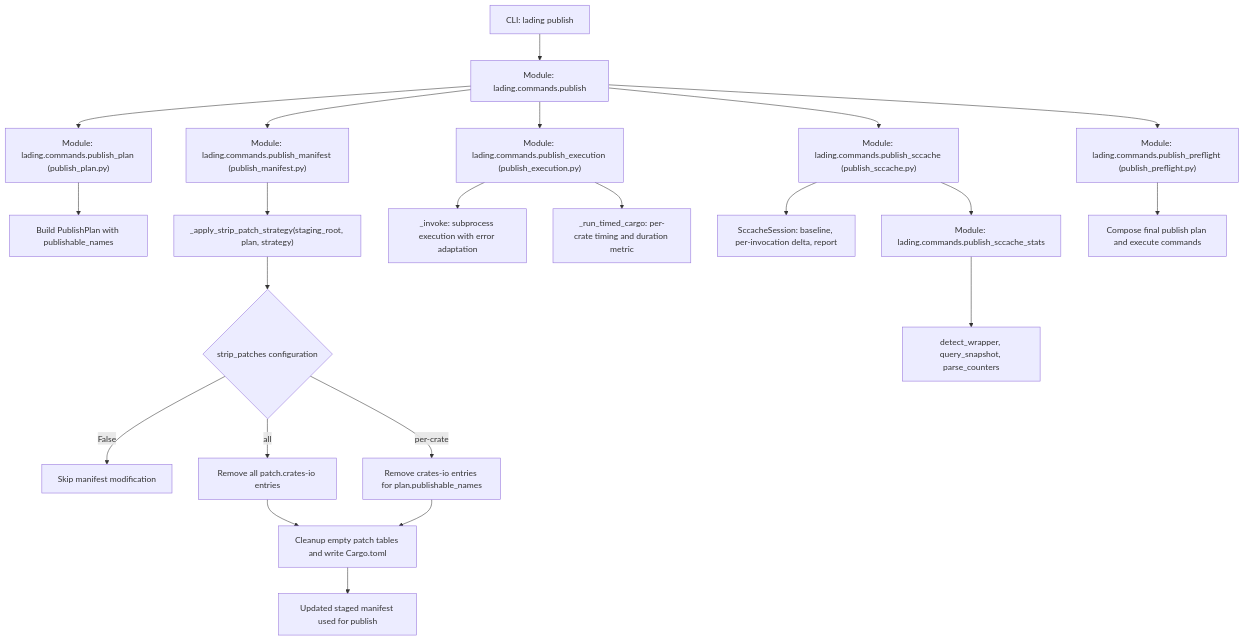
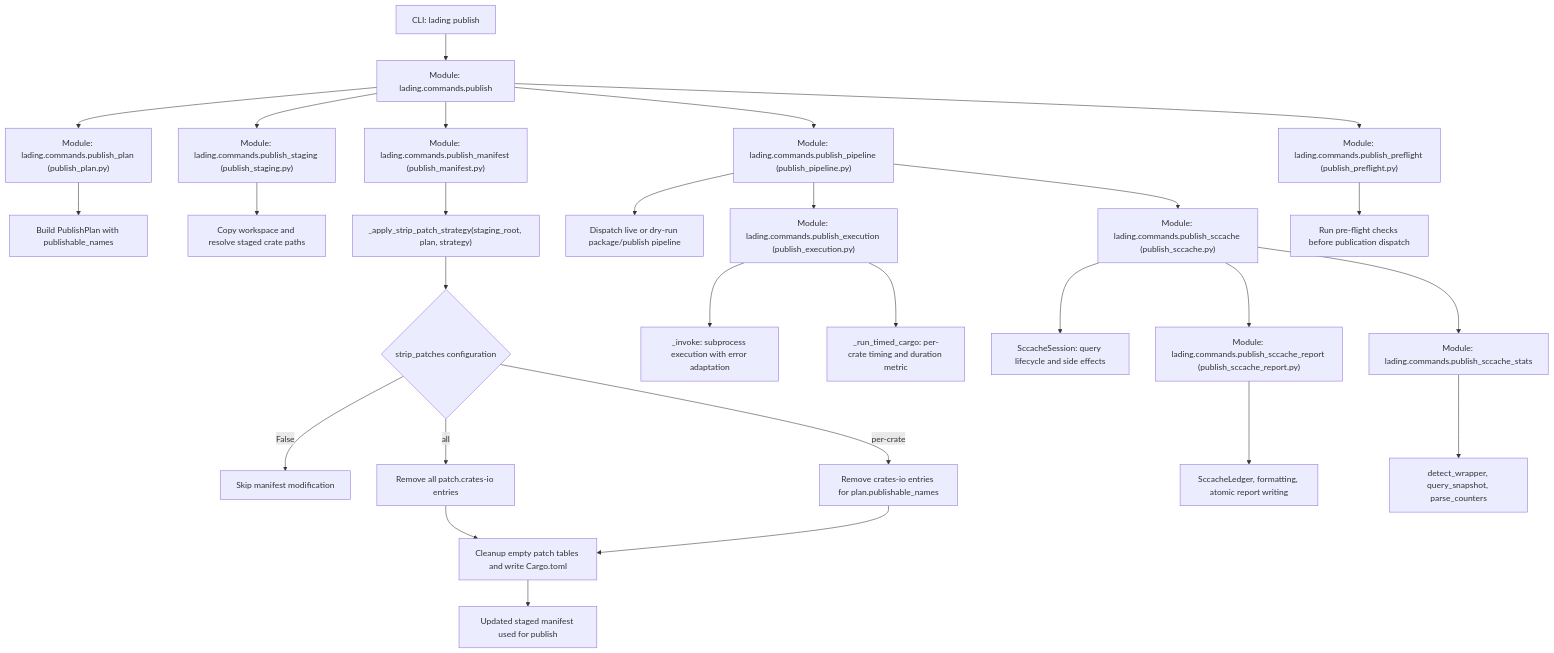
One commit to leynos/lading changed the first of 2 diagrams in docs/lading-design.md. Above: the diagram before and after it, drawn with Mermaid. The commit also changed other lines of this file and 44 other files, not shown here.

````diff
--- a/docs/lading-design.md
+++ b/docs/lading-design.md
@@ -194,27 +194,31 @@
 ```mermaid
 graph TD
     A["CLI: lading publish"] --> B["Module: lading.commands.publish"]
     B --> C["Module: lading.commands.publish_plan (publish_plan.py)"]
     C --> C1["Build PublishPlan with publishable_names"]
+    B --> S["Module: lading.commands.publish_staging (publish_staging.py)"]
+    S --> S1["Copy workspace and resolve staged crate paths"]
     B --> D["Module: lading.commands.publish_manifest (publish_manifest.py)"]
     D --> D1["_apply_strip_patch_strategy(staging_root, plan, strategy)"]
     D1 --> D2{"strip_patches configuration"}
     D2 -->|"False"| E["Skip manifest modification"]
     D2 -->|"all"| F["Remove all patch.crates-io entries"]
     D2 -->|"per-crate"| G["Remove crates-io entries for plan.publishable_names"]
     F --> H["Cleanup empty patch tables and write Cargo.toml"]
     G --> H
     H --> I["Updated staged manifest used for publish"]
 
-    B --> J["Module: lading.commands.publish_execution (publish_execution.py)"]
+    B --> P["Module: lading.commands.publish_pipeline (publish_pipeline.py)"]
+    P --> P1["Dispatch live or dry-run package/publish pipeline"]
+    P --> J["Module: lading.commands.publish_execution (publish_execution.py)"]
     J --> K["_invoke: subprocess execution with error adaptation"]
     J --> K2["_run_timed_cargo: per-crate timing and duration metric"]
-
-    B --> L["Module: lading.commands.publish_sccache (publish_sccache.py)"]
-    L --> L1["SccacheSession: baseline, per-invocation delta, report"]
+    P --> L["Module: lading.commands.publish_sccache (publish_sccache.py)"]
+    L --> L1["SccacheSession: query lifecycle and side effects"]
+    L --> R["Module: lading.commands.publish_sccache_report (publish_sccache_report.py)"]
+    R --> R1["SccacheLedger, formatting, atomic report writing"]
     L --> M["Module: lading.commands.publish_sccache_stats"]
     M --> M1["detect_wrapper, query_snapshot, parse_counters"]
-
     B --> N["Module: lading.commands.publish_preflight (publish_preflight.py)"]
-    N --> O["Compose final publish plan and execute commands"]
+    N --> O["Run pre-flight checks before publication dispatch"]
 ```
````
